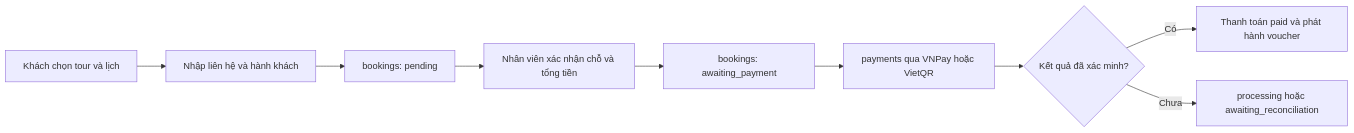
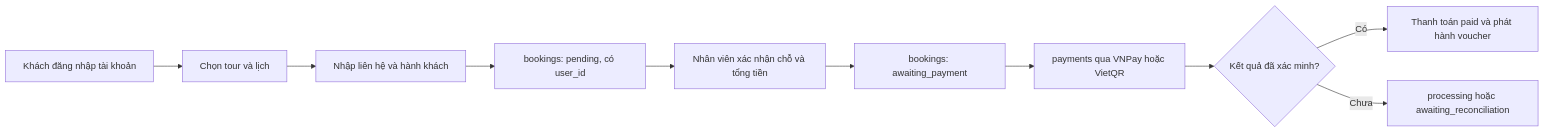
One commit to kannar04/LocalTour_Project changed the diagram in docs/sprint3/01-truong-du-lieu.md. Above: the diagram before and after it, drawn with Mermaid. The commit also changed other lines of this file and 1 other file, not shown here.

````diff
--- a/docs/sprint3/01-truong-du-lieu.md
+++ b/docs/sprint3/01-truong-du-lieu.md
@@ -30,11 +32,12 @@
 ```mermaid
 flowchart LR
-    A[Khách chọn tour và lịch] --> B[Nhập liên hệ và hành khách]
-    B --> C[bookings: pending]
+    L[Khách đăng nhập tài khoản] --> A[Chọn tour và lịch]
+    A --> B[Nhập liên hệ và hành khách]
+    B --> C[bookings: pending, có user_id]
     C --> D[Nhân viên xác nhận chỗ và tổng tiền]
     D --> E[bookings: awaiting_payment]
     E --> F[payments qua VNPay hoặc VietQR]
     F --> G{Kết quả đã xác minh?}
     G -->|Có| H[Thanh toán paid và phát hành voucher]
     G -->|Chưa| I[processing hoặc awaiting_reconciliation]
 ```
````
